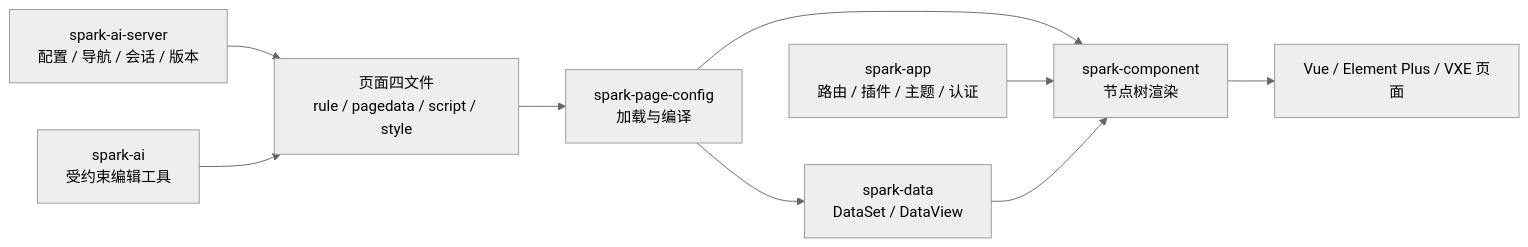
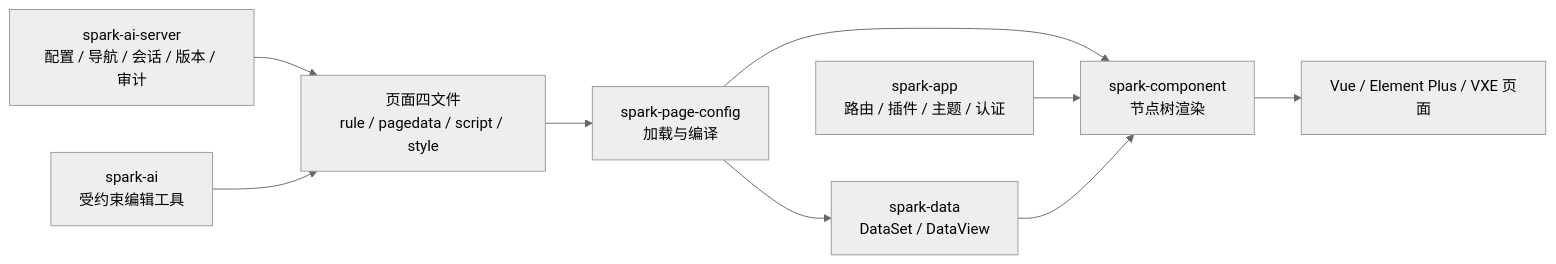
One commit to LMSpark/spark-view-vue changed the first of 16 diagrams in docs/SPARK_VIEW_PROJECT_DEEP_DIVE_ZH.md. Above: the diagram before and after it, drawn with Mermaid (neutral theme). The commit also changed other lines of this file and 10 other files, not shown here.

````diff
--- a/docs/SPARK_VIEW_PROJECT_DEEP_DIVE_ZH.md
+++ b/docs/SPARK_VIEW_PROJECT_DEEP_DIVE_ZH.md
@@ -42,20 +45,20 @@
 ```mermaid
 flowchart LR
   Files["页面四文件<br/>rule / pagedata / script / style"]
   Loader["spark-page-config<br/>加载与编译"]
   Renderer["spark-component<br/>节点树渲染"]
   Data["spark-data<br/>DataSet / DataView"]
   App["spark-app<br/>路由 / 插件 / 主题 / 认证"]
   AI["spark-ai<br/>受约束编辑工具"]
-  Server["spark-ai-server<br/>配置 / 导航 / 会话 / 版本"]
+  Server["spark-ai-server<br/>配置 / 导航 / 会话 / 版本 / 审计"]
   UI["Vue / Element Plus / VXE 页面"]
 
   Server --> Files
   Files --> Loader
   Loader --> Renderer
   Loader --> Data
   App --> Renderer
   Data --> Renderer
   AI --> Files
   Renderer --> UI
 ```
````
